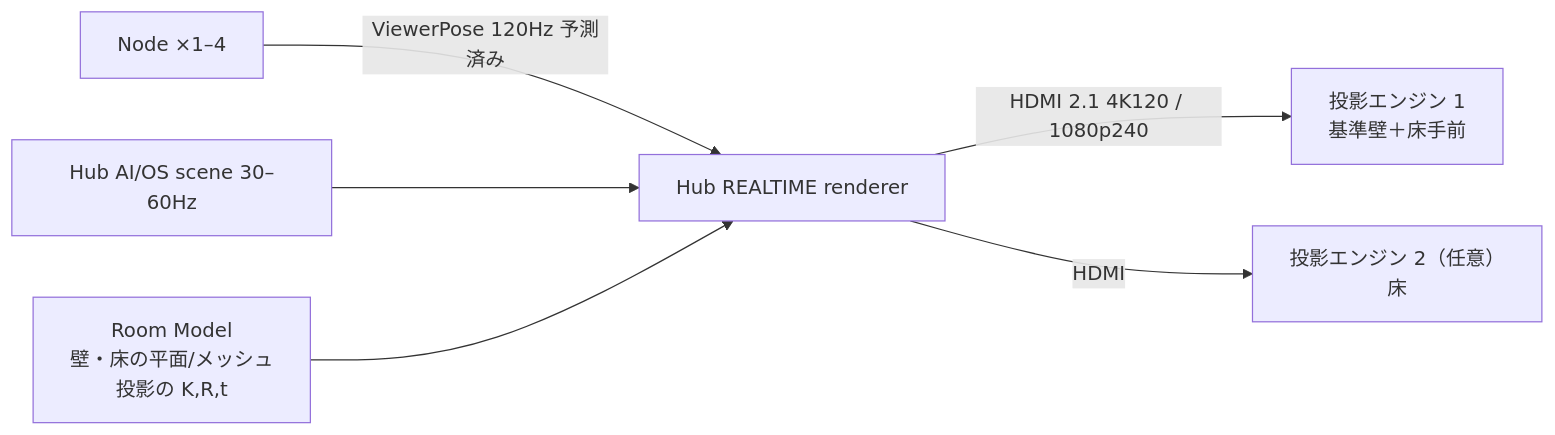
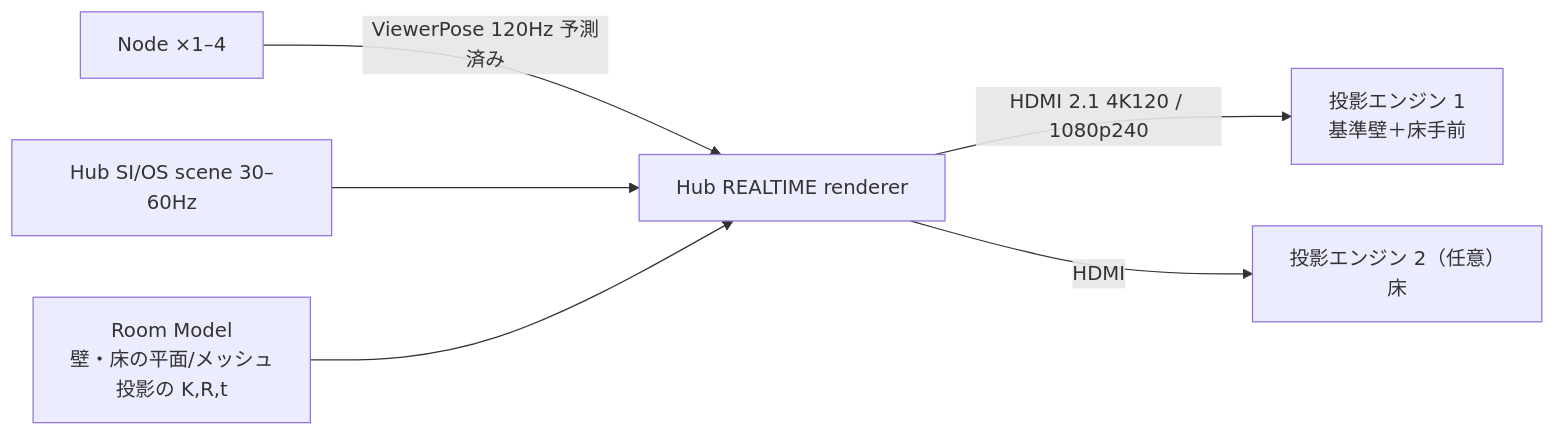
One commit to k999ln/rock changed the diagram in docs/mii/design/05-display-gen1.md. Above: the diagram before and after it, drawn with Mermaid. The commit also changed other lines of this file and 42 other files, not shown here.

````diff
--- a/docs/mii/design/05-display-gen1.md
+++ b/docs/mii/design/05-display-gen1.md
@@ -19,8 +23,8 @@
 ```mermaid
 flowchart LR
   N[Node ×1–4] -->|ViewerPose 120Hz 予測済み| R[Hub REALTIME renderer]
-  AI[Hub AI/OS scene 30–60Hz] --> R
+  AI[Hub SI/OS scene 30–60Hz] --> R
   R -->|HDMI 2.1 4K120 / 1080p240| P1[投影エンジン 1<br/>基準壁＋床手前]
   R -->|HDMI| P2[投影エンジン 2（任意）<br/>床]
   RM[Room Model<br/>壁・床の平面/メッシュ<br/>投影の K,R,t] --> R
 ```
````
